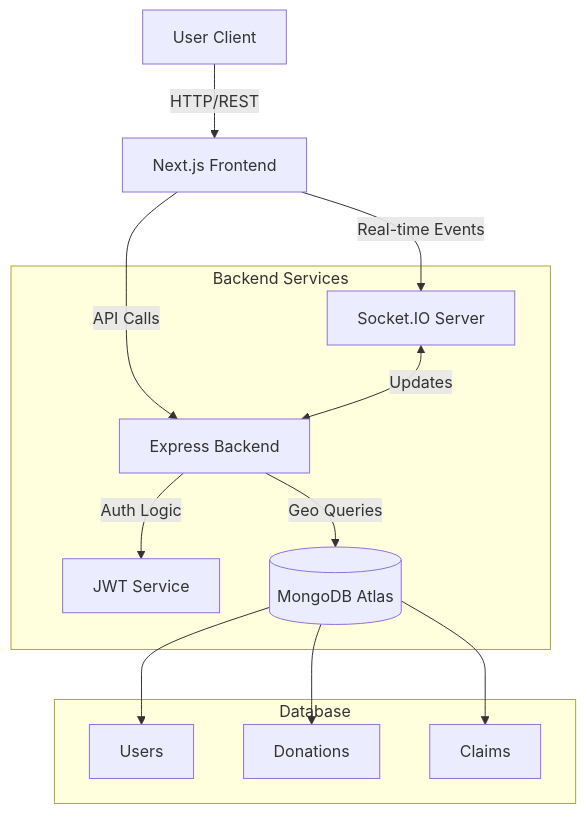
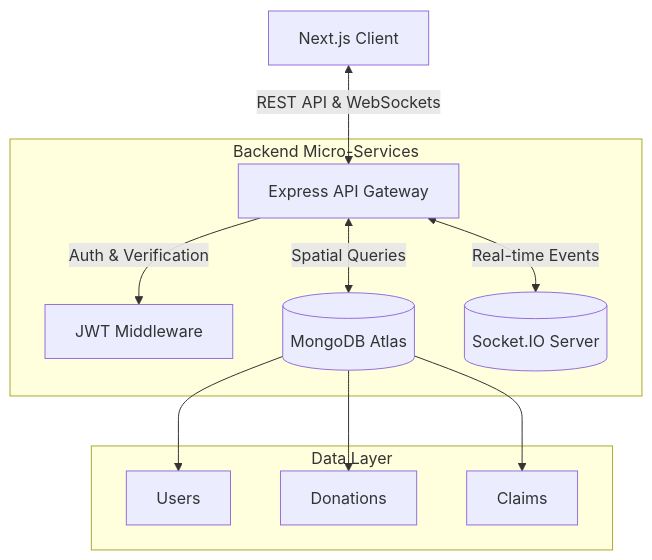
One commit to 25Rohit25/Waste-No-More changed the diagram in README.md. Above: the diagram before and after it, drawn with Mermaid. The commit also changed other lines of this file and 2 other files, not shown here.

````diff
--- a/README.md
+++ b/README.md
@@ -42,18 +49,16 @@
 ```mermaid
 graph TD
-    User[User Client] -->|HTTP/REST| NextJS[Next.js Frontend]
-    NextJS -->|API Calls| Express[Express Backend]
-    NextJS -->|Real-time Events| Socket[Socket.IO Server]
+    Client[Next.js Client] <-->|REST API & WebSockets| API[Express API Gateway]
     
-    subgraph Backend Services
-    Express -->|Auth Logic| JWT[JWT Service]
-    Express -->|Geo Queries| MongoDB[(MongoDB Atlas)]
-    Socket <-->|Updates| Express
+    subgraph Backend Micro-Services
+    API -->|Auth & Verification| JWT[JWT Middleware]
+    API <-->|Spatial Queries| DB[(MongoDB Atlas)]
+    API <-->|Real-time Events| Socket[(Socket.IO Server)]
     end
     
-    subgraph Database
-    MongoDB --> Users
-    MongoDB --> Donations
-    MongoDB --> Claims
+    subgraph Data Layer
+    DB --> Users
+    DB --> Donations
+    DB --> Claims
     end
 ```
````
